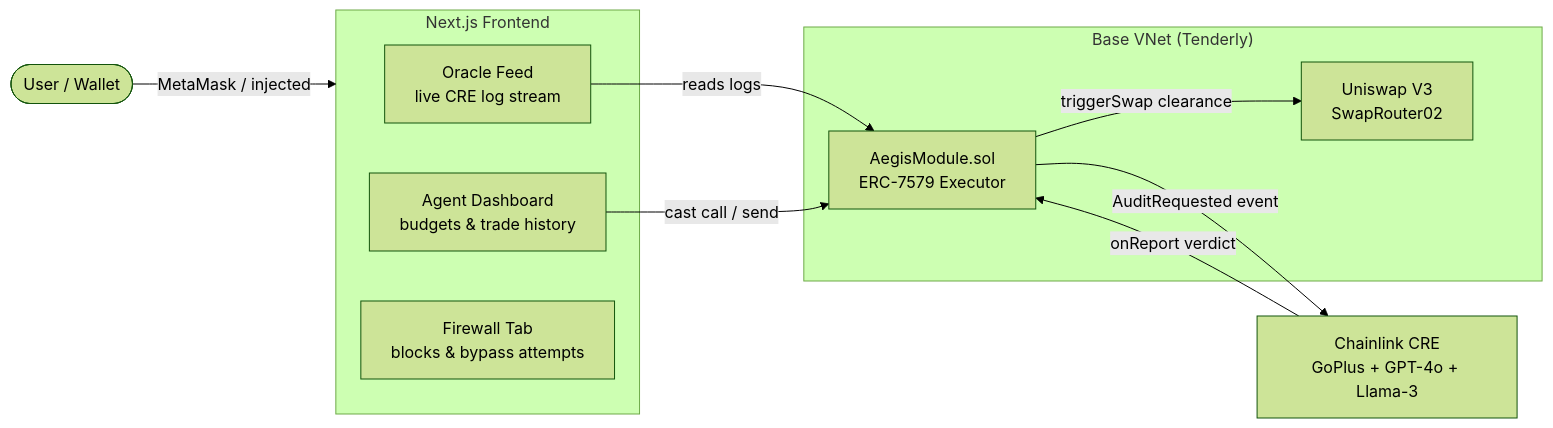
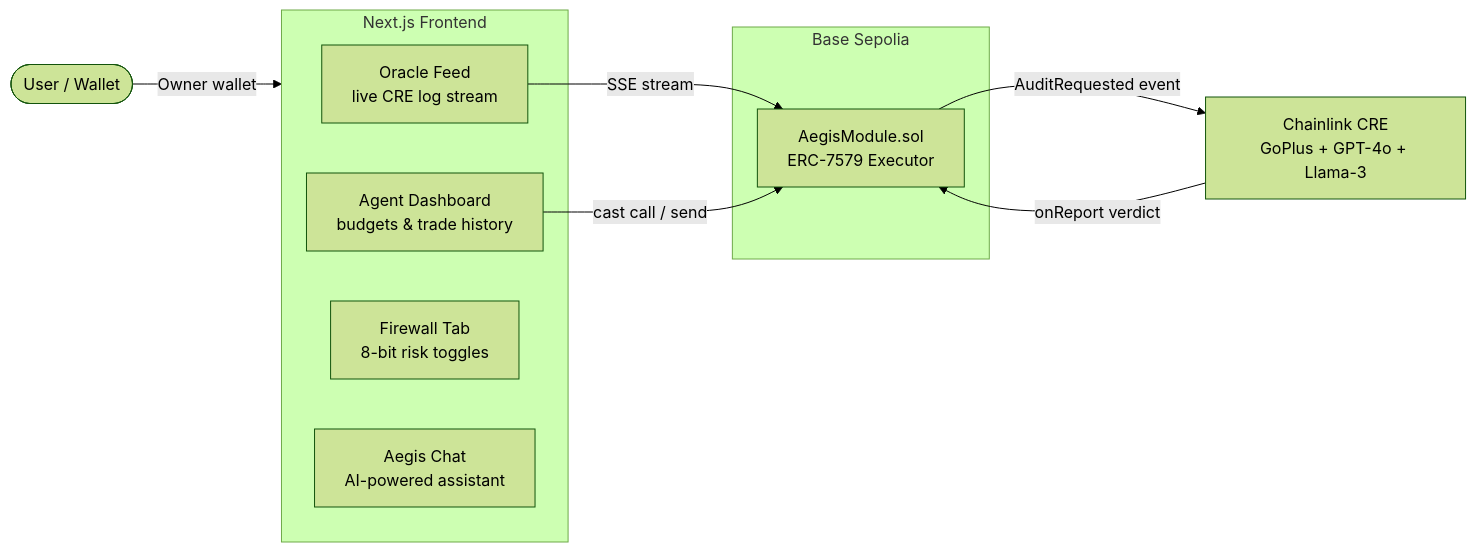
Before and after one commit to vjb/aegis-v4: the diagram in aegis-frontend/README.md, drawn with Mermaid (forest theme). The commit also changed other lines of this file and 22 other files, not shown here.

````diff
--- a/aegis-frontend/README.md
+++ b/aegis-frontend/README.md
@@ -5,21 +5,20 @@
 ```mermaid
 flowchart LR
     User(["User / Wallet"])
     subgraph UI ["Next.js Frontend"]
         OF["Oracle Feed\nlive CRE log stream"]
         AD["Agent Dashboard\nbudgets & trade history"]
-        FW["Firewall Tab\nblocks & bypass attempts"]
+        FW["Firewall Tab\n8-bit risk toggles"]
+        Chat["Aegis Chat\nAI-powered assistant"]
     end
-    subgraph Chain ["Base VNet (Tenderly)"]
+    subgraph Chain ["Base Sepolia"]
         AM["AegisModule.sol\nERC-7579 Executor"]
-        UNI["Uniswap V3\nSwapRouter02"]
     end
     CRE["Chainlink CRE\nGoPlus + GPT-4o + Llama-3"]
 
-    User -- "MetaMask / injected" --> UI
-    OF -- "reads logs" --> AM
+    User -- "Owner wallet" --> UI
+    OF -- "SSE stream" --> AM
     AD -- "cast call / send" --> AM
     AM -- "AuditRequested event" --> CRE
     CRE -- "onReport verdict" --> AM
-    AM -- "triggerSwap clearance" --> UNI
 ```
````
